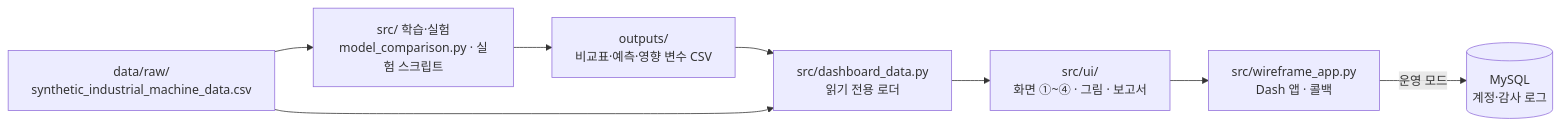
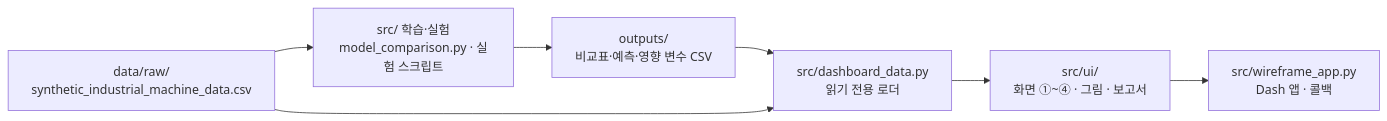
One commit to sikomar00/urAnkleMyAnkle changed the diagram in README.md. Above: the diagram before and after it, drawn with Mermaid. The commit also changed other lines of this file and 65 other files, not shown here.

````diff
--- a/README.md
+++ b/README.md
@@ -89,14 +89,12 @@
 ```mermaid
 flowchart LR
     raw["data/raw/<br>synthetic_industrial_machine_data.csv"]
     exp["src/ 학습·실험<br>model_comparison.py · 실험 스크립트"]
     out["outputs/<br>비교표·예측·영향 변수 CSV"]
     data["src/dashboard_data.py<br>읽기 전용 로더"]
     ui["src/ui/<br>화면 ①~④ · 그림 · 보고서"]
     app["src/wireframe_app.py<br>Dash 앱 · 콜백"]
-    db[("MySQL<br>계정·감사 로그")]
     raw --> exp --> out --> data
     raw --> data
     data --> ui --> app
-    app -- "운영 모드" --> db
 ```
````
